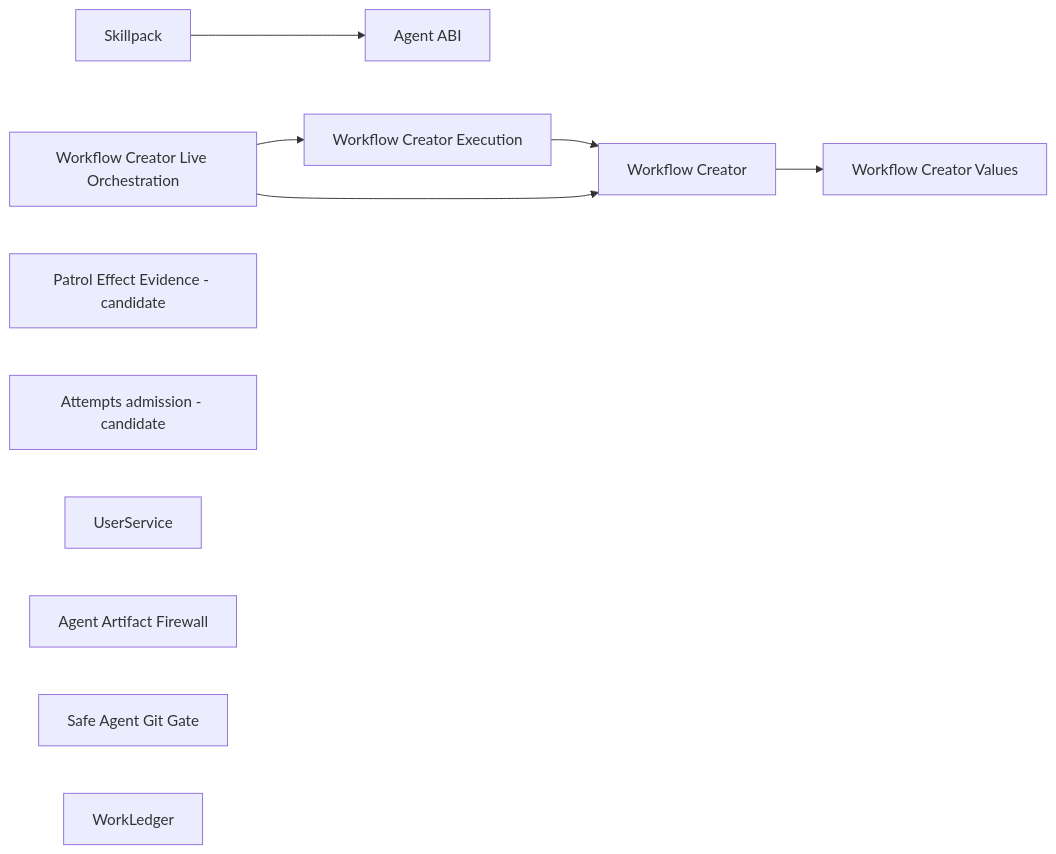
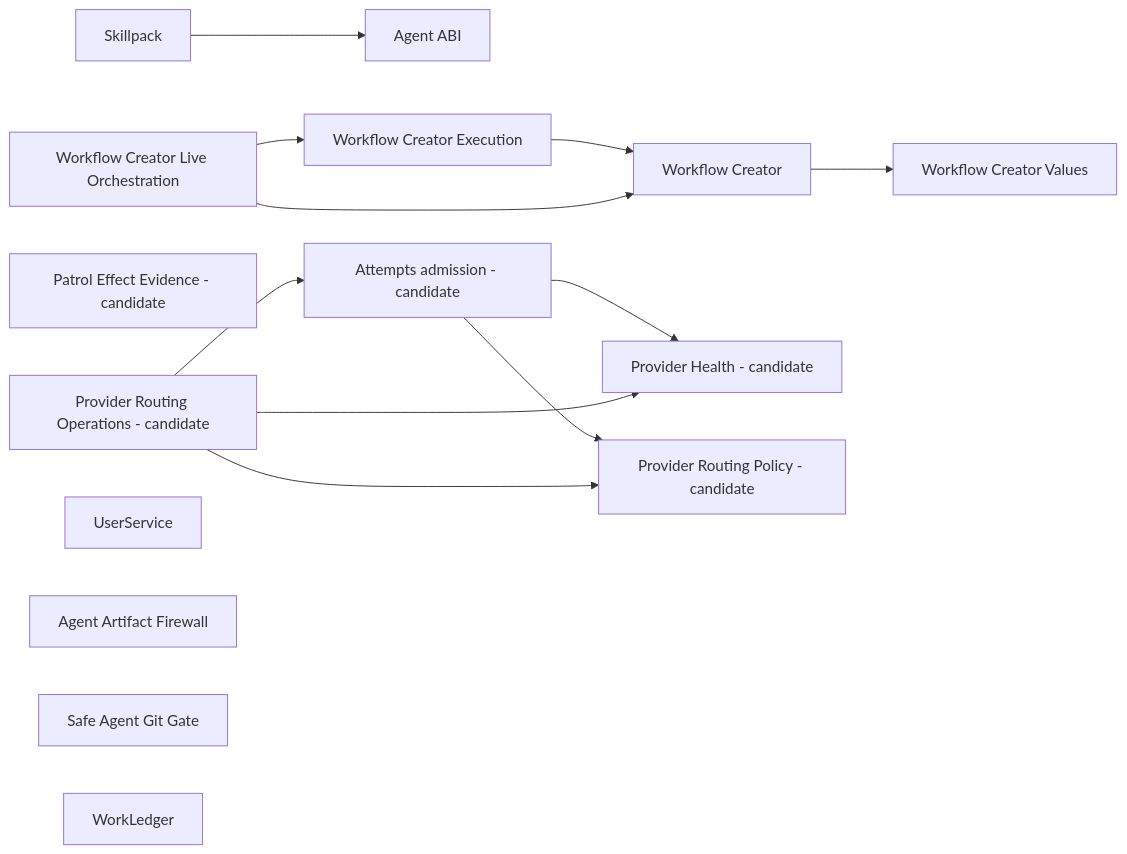
Before and after one commit to ivankuznetsov/hive: the diagram in wiki/component-boundaries.md, drawn with Mermaid. The commit also changed other lines of this file and 236 other files, not shown here.

First line of the commit message:
feat(routing): add provider health and route selection (#983)

````diff
--- a/wiki/component-boundaries.md
+++ b/wiki/component-boundaries.md
@@ -54,14 +58,18 @@
 ```mermaid
 flowchart LR
   skillpack[Skillpack] --> agent_abi[Agent ABI]
   workflow_execution[Workflow Creator Execution] --> workflow_core[Workflow Creator]
   workflow_live[Workflow Creator Live Orchestration] --> workflow_execution
   workflow_live --> workflow_core
   workflow_core[Workflow Creator] --> workflow_values[Workflow Creator Values]
   patrol_effects[Patrol Effect Evidence - candidate]
-  attempts[Attempts admission - candidate]
+  attempts[Attempts admission - candidate] --> provider_health[Provider Health - candidate]
+  attempts --> provider_routing[Provider Routing Policy - candidate]
+  routing_operations[Provider Routing Operations - candidate] --> attempts
+  routing_operations --> provider_health
+  routing_operations --> provider_routing
   user_service[UserService]
   artifact_firewall[Agent Artifact Firewall]
   git_gate[Safe Agent Git Gate]
   work_ledger[WorkLedger]
 ```
````
